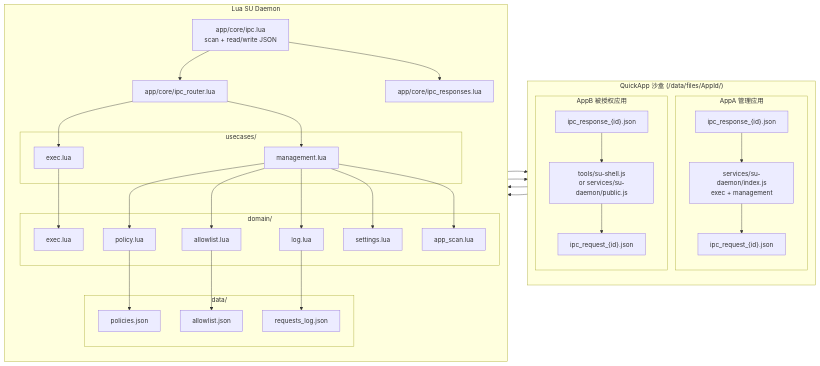
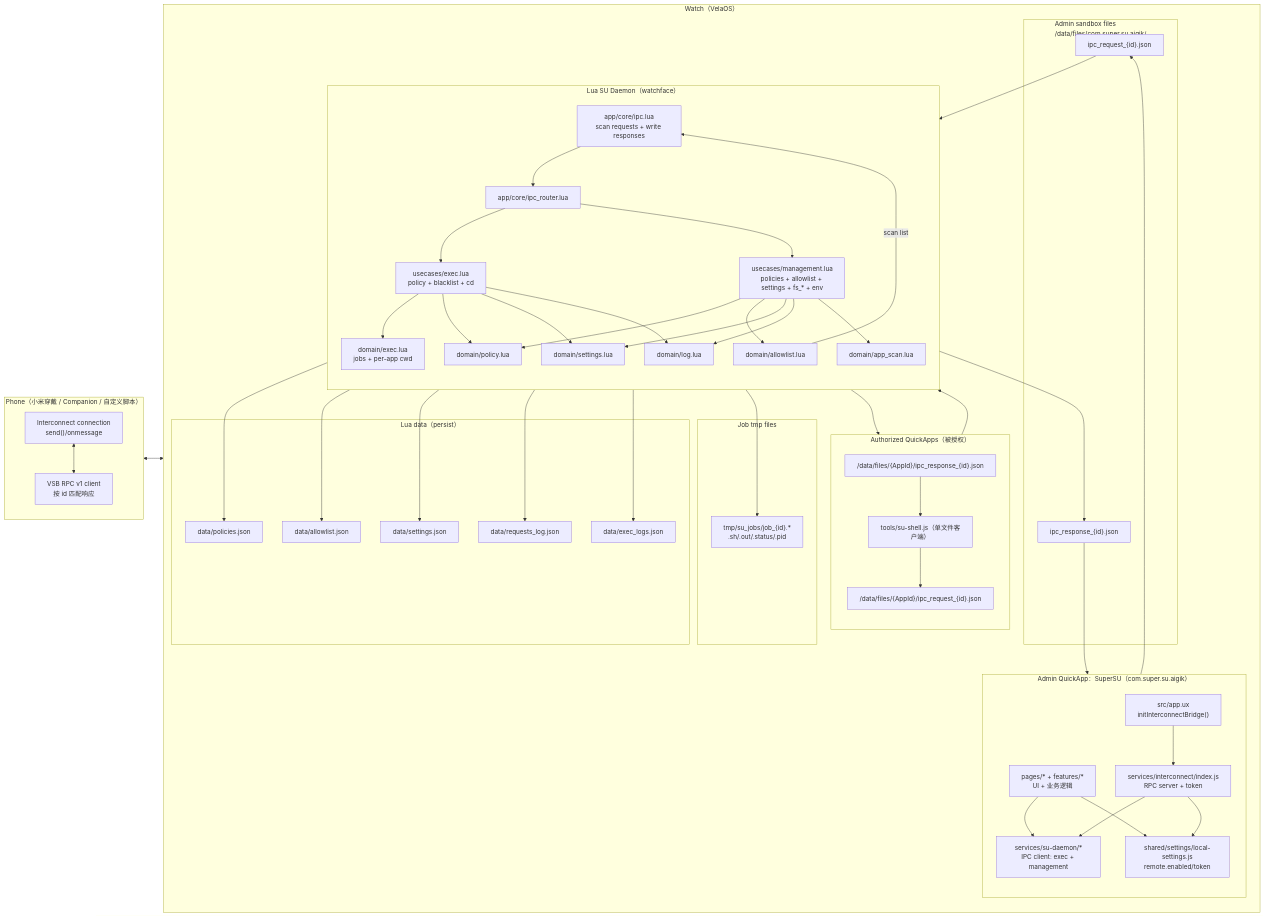
The fourth of 5 diagrams in README.md (FangAiden/Vela-Shell-Bridge), drawn with Mermaid before and after one commit. The commit also changed other lines of this file, not shown here.

````diff
--- a/README.md
+++ b/README.md
@@ -439,68 +511,106 @@
 ```mermaid
 flowchart LR
 
-subgraph QuickApps["QuickApp 沙盒 (/data/files/AppId/)"]
+subgraph Phone["Phone（小米穿戴 / Companion / 自定义脚本）"]
   direction TB
-  subgraph AdminApp["AppA 管理应用"]
-    AdminJS["services/su-daemon/index.js<br/>exec + management"]
+  PhoneConn["Interconnect connection<br/>send()/onmessage"]
+  PhoneRPC["VSB RPC v1 client<br/>按 id 匹配响应"]
+  PhoneConn <--> PhoneRPC
+end
+
+subgraph Watch["Watch（VelaOS）"]
+  direction TB
+
+  subgraph AdminQuickApp["Admin QuickApp：SuperSU（com.super.su.aigik）"]
+    direction TB
+    AppEntry["src/app.ux<br/>initInterconnectBridge()"]
+    UI["pages/* + features/*<br/>UI + 业务逻辑"]
+    SuClient["services/su-daemon/*<br/>IPC client: exec + management"]
+    Bridge["services/interconnect/index.js<br/>RPC server + token"]
+    LocalSettings["shared/settings/local-settings.js<br/>remote.enabled/token"]
+
+    AppEntry --> Bridge
+    UI --> SuClient
+    UI --> LocalSettings
+    Bridge --> SuClient
+    Bridge --> LocalSettings
+  end
+
+  subgraph AdminFiles["Admin sandbox files<br/>/data/files/com.super.su.aigik/"]
     AdminReq["ipc_request_{id}.json"]
     AdminRes["ipc_response_{id}.json"]
-    AdminJS --> AdminReq
-    AdminRes --> AdminJS
   end
 
-  subgraph AuthorizedApp["AppB 被授权应用"]
-    PublicJS["tools/su-shell.js<br/>or services/su-daemon/public.js"]
-    PublicReq["ipc_request_{id}.json"]
-    PublicRes["ipc_response_{id}.json"]
+  subgraph AuthorizedApps["Authorized QuickApps（被授权）"]
+    direction TB
+    PublicJS["tools/su-shell.js（单文件客户端）"]
+    PublicReq["/data/files/{AppId}/ipc_request_{id}.json"]
+    PublicRes["/data/files/{AppId}/ipc_response_{id}.json"]
     PublicJS --> PublicReq
     PublicRes --> PublicJS
   end
-end
 
-subgraph LuaDaemon["Lua SU Daemon"]
-  direction TB
-  IPC["app/core/ipc.lua<br/>scan + read/write JSON"]
-  Router["app/core/ipc_router.lua"]
-  Resp["app/core/ipc_responses.lua"]
+  subgraph LuaDaemon["Lua SU Daemon（watchface）"]
+    direction TB
+    IPC["app/core/ipc.lua<br/>scan requests + write responses"]
+    Router["app/core/ipc_router.lua"]
+    ExecUC["usecases/exec.lua<br/>policy + blacklist + cd"]
+    MgmtUC["usecases/management.lua<br/>policies + allowlist + settings + fs_* + env"]
 
-  subgraph Usecases["usecases/"]
-    ExecUC["exec.lua"]
-    MgmtUC["management.lua"]
+    ExecDom["domain/exec.lua<br/>jobs + per-app cwd"]
+    Policy["domain/policy.lua"]
+    Allowlist["domain/allowlist.lua"]
+    SettingsDom["domain/settings.lua"]
+    LogDom["domain/log.lua"]
+    ScanMod["domain/app_scan.lua"]
   end
 
-  subgraph Domain["domain/"]
-    ExecDom["exec.lua"]
-    Policy["policy.lua"]
-    Allowlist["allowlist.lua"]
-    LogMod["log.lua"]
-    Settings["settings.lua"]
-    ScanMod["app_scan.lua"]
+  subgraph Data["Lua data（persist）"]
+    Policies["data/policies.json"]
+    Allow["data/allowlist.json"]
+    SettingsJson["data/settings.json"]
+    Logs["data/requests_log.json"]
+    ExecLogs["data/exec_logs.json"]
   end
 
-  subgraph Data["data/"]
-    Policies["policies.json"]
-    Allow["allowlist.json"]
-    Logs["requests_log.json"]
+  subgraph Jobs["Job tmp files"]
+    JobDir["tmp/su_jobs/job_{id}.*<br/>.sh/.out/.status/.pid"]
   end
 end
 
+PhoneConn <--> Bridge
+
+SuClient --> AdminReq
+AdminRes --> SuClient
+
+PublicReq --> IPC
+IPC --> PublicRes
+
 AdminReq --> IPC
-PublicReq --> IPC
+IPC --> AdminRes
+
+Allowlist -- scan list --> IPC
+
 IPC --> Router
 Router --> ExecUC
 Router --> MgmtUC
+
 ExecUC --> ExecDom
+ExecUC --> Policy
+ExecUC --> SettingsDom
+ExecUC --> LogDom
+
 MgmtUC --> Policy
 MgmtUC --> Allowlist
-MgmtUC --> LogMod
-MgmtUC --> Settings
+MgmtUC --> SettingsDom
+MgmtUC --> LogDom
 MgmtUC --> ScanMod
+
 Policy --> Policies
 Allowlist --> Allow
-LogMod --> Logs
-IPC --> Resp
-IPC --> AdminRes
-IPC --> PublicRes
+SettingsDom --> SettingsJson
+LogDom --> Logs
+LogDom --> ExecLogs
+ExecDom --> JobDir
 
 ```
````
